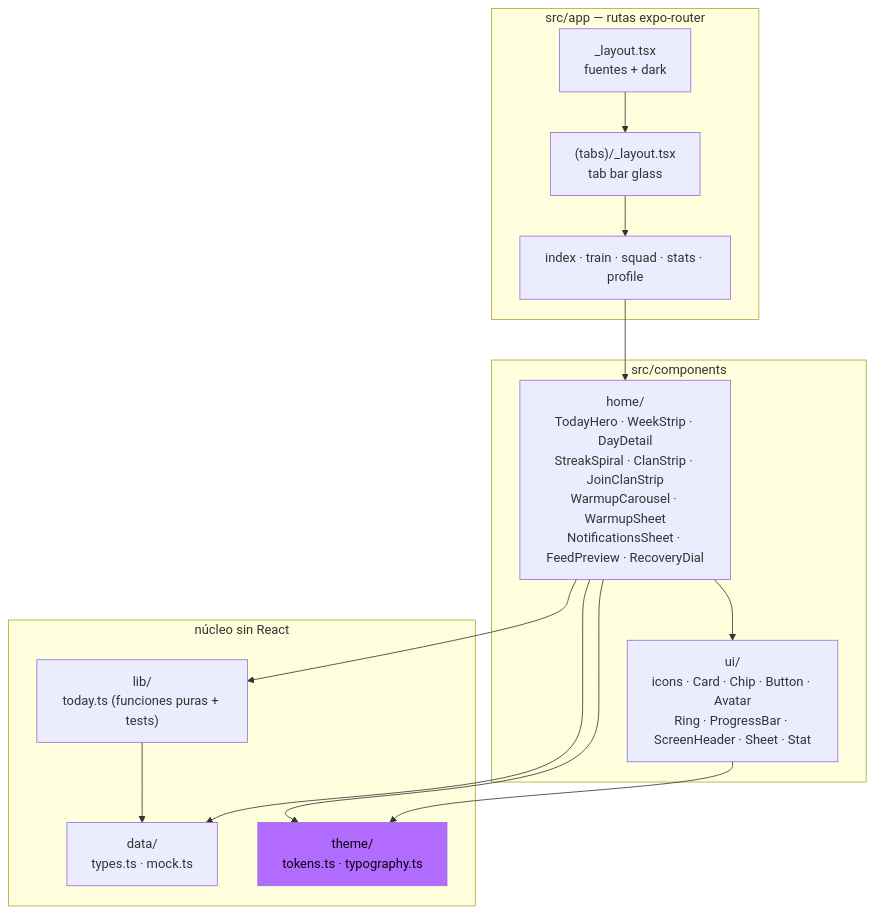
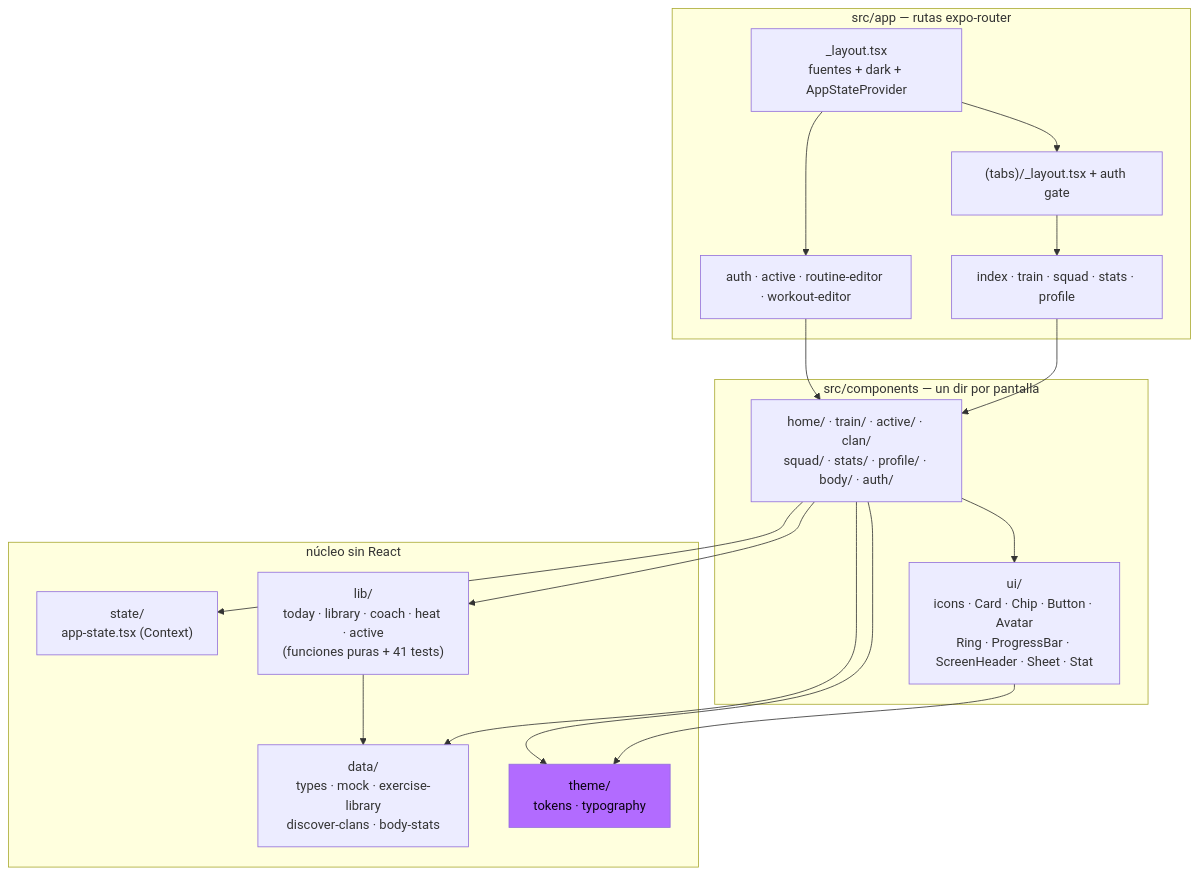
The fourth of 6 diagrams in README.md (pxtroniwnl/hivo), drawn with Mermaid before and after one commit. The commit also changed other lines of this file and 6 other files, not shown here.

````diff
--- a/README.md
+++ b/README.md
@@ -205,30 +247,35 @@
 ```mermaid
 flowchart TD
     subgraph routes ["src/app — rutas expo-router"]
-        layout["_layout.tsx<br/>fuentes + dark"]
-        tabs["(tabs)/_layout.tsx<br/>tab bar glass"]
+        layout["_layout.tsx<br/>fuentes + dark + AppStateProvider"]
+        tabs["(tabs)/_layout.tsx + auth gate"]
         screens["index · train · squad · stats · profile"]
+        fullscreen["auth · active · routine-editor · workout-editor"]
     end
 
-    subgraph components ["src/components"]
-        home["home/<br/>TodayHero · WeekStrip · DayDetail<br/>StreakSpiral · ClanStrip · JoinClanStrip<br/>WarmupCarousel · WarmupSheet<br/>NotificationsSheet · FeedPreview · RecoveryDial"]
+    subgraph components ["src/components — un dir por pantalla"]
+        feat["home/ · train/ · active/ · clan/<br/>squad/ · stats/ · profile/ · body/ · auth/"]
         ui["ui/<br/>icons · Card · Chip · Button · Avatar<br/>Ring · ProgressBar · ScreenHeader · Sheet · Stat"]
     end
 
     subgraph core ["núcleo sin React"]
-        libdir["lib/<br/>today.ts (funciones puras + tests)"]
-        datadir["data/<br/>types.ts · mock.ts"]
-        theme["theme/<br/>tokens.ts · typography.ts"]
+        state["state/<br/>app-state.tsx (Context)"]
+        libdir["lib/<br/>today · library · coach · heat · active<br/>(funciones puras + 41 tests)"]
+        datadir["data/<br/>types · mock · exercise-library<br/>discover-clans · body-stats"]
+        theme["theme/<br/>tokens · typography"]
     end
 
     layout --> tabs --> screens
-    screens --> home
-    home --> ui
-    home --> libdir
-    home --> datadir
+    layout --> fullscreen
+    screens --> feat
+    fullscreen --> feat
+    feat --> ui
+    feat --> state
+    feat --> libdir
+    feat --> datadir
     ui --> theme
-    home --> theme
+    feat --> theme
     libdir --> datadir
 
     style theme fill:#b26bff,color:#0a0210
 ```
````
